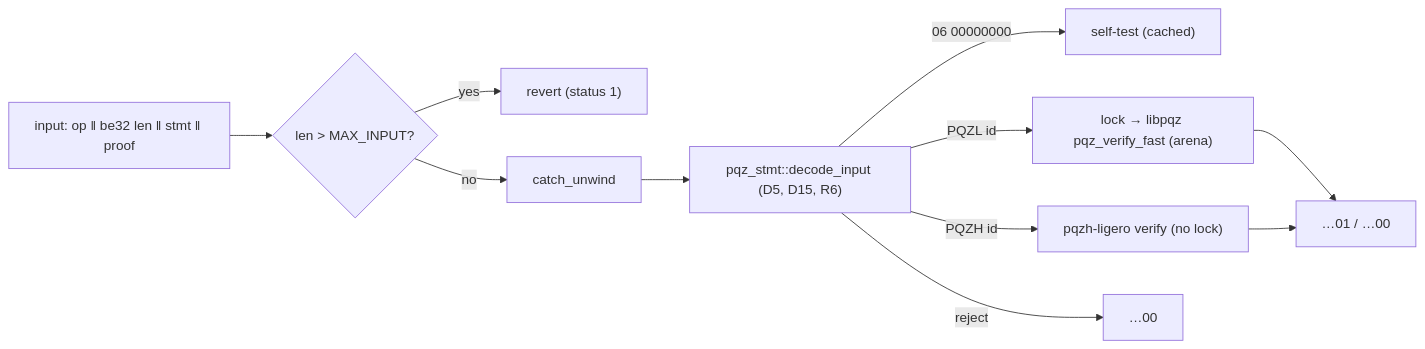
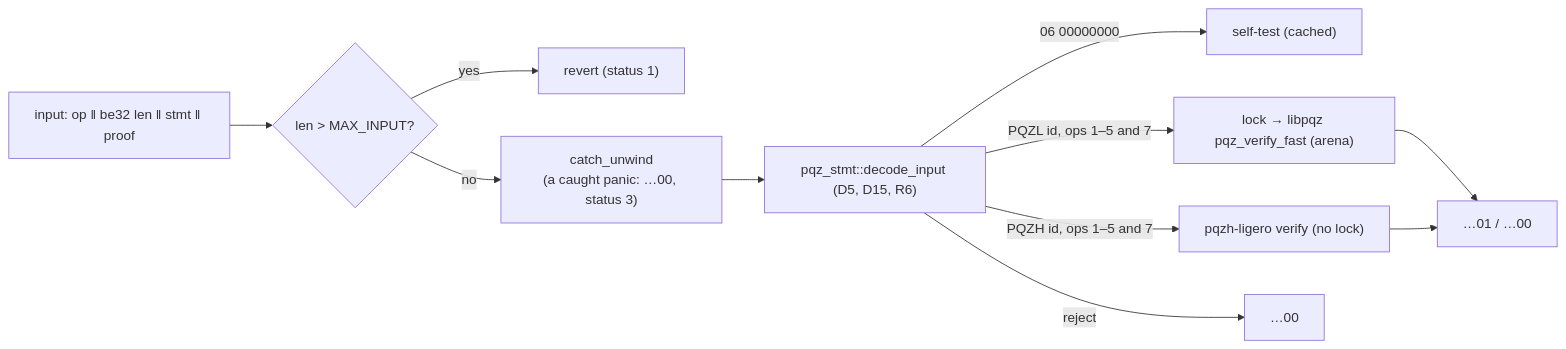
The diagram in pqz-core/ffi/README.md (dinhduongha/scaas), drawn with Mermaid before and after one commit. The commit also changed other lines of this file and 4 other files, not shown here.

Commit message:
pqz-core artifact / ffi / fuzz / stmt READMEs: plain intros, status-code and mode tables, history collapsed, stale paths and status fixed (freeze done, CI pqz job, op 7 decoded); pqz_ffi.h comment names op 7 (owner 2026-10-18)

````diff
--- a/pqz-core/ffi/README.md
+++ b/pqz-core/ffi/README.md
@@ -9,13 +20,13 @@
 ```mermaid
 flowchart LR
   IN["input: op ‖ be32 len ‖ stmt ‖ proof"] --> R{"len > MAX_INPUT?"}
   R -->|yes| RV["revert (status 1)"]
-  R -->|no| CU["catch_unwind"]
+  R -->|no| CU["catch_unwind<br/>(a caught panic: …00, status 3)"]
   CU --> D["pqz_stmt::decode_input (D5, D15, R6)"]
   D -->|"06 00000000"| S["self-test (cached)"]
-  D -->|"PQZL id"| L["lock → libpqz pqz_verify_fast (arena)"]
-  D -->|"PQZH id"| H["pqzh-ligero verify (no lock)"]
+  D -->|"PQZL id, ops 1–5 and 7"| L["lock → libpqz pqz_verify_fast (arena)"]
+  D -->|"PQZH id, ops 1–5 and 7"| H["pqzh-ligero verify (no lock)"]
   D -->|"reject"| Z["…00"]
   L --> O["…01 / …00"]
   H --> O
 ```
````
